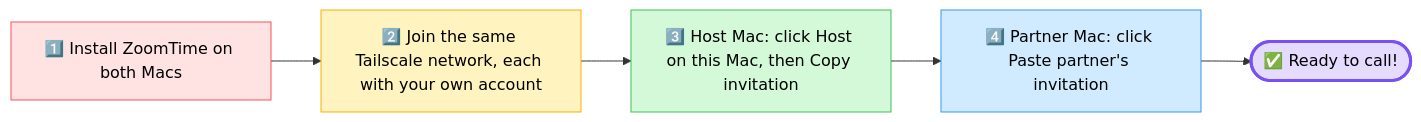
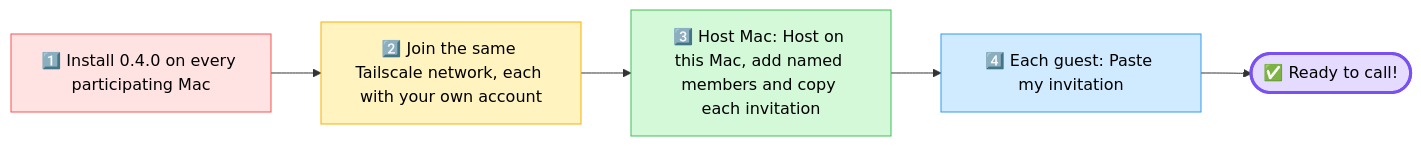
The sixth of 7 diagrams in README.md (CemSarp/ZoomTime), drawn with Mermaid before and after one commit. The commit also changed other lines of this file and 50 other files, not shown here.

````diff
--- a/README.md
+++ b/README.md
@@ -252,13 +257,13 @@
 ```mermaid
 flowchart LR
-    S1["1️⃣ Install ZoomTime on both Macs"] --> S2["2️⃣ Join the same Tailscale network, each with your own account"]
-    S2 --> S3["3️⃣ Host Mac: click Host on this Mac, then Copy invitation"]
-    S3 --> S4["4️⃣ Partner Mac: click Paste partner's invitation"]
+    S1["1️⃣ Install 0.4.0 on every participating Mac"] --> S2["2️⃣ Join the same Tailscale network, each with your own account"]
+    S2 --> S3["3️⃣ Host Mac: Host on this Mac, add named members and copy each invitation"]
+    S3 --> S4["4️⃣ Each guest: Paste my invitation"]
     S4 --> R(["✅ Ready to call!"])
 
     style S1 fill:#ffe3e3,stroke:#fa5252,color:#000
     style S2 fill:#fff3bf,stroke:#fab005,color:#000
     style S3 fill:#d3f9d8,stroke:#40c057,color:#000
     style S4 fill:#d0ebff,stroke:#339af0,color:#000
     style R fill:#e5dbff,stroke:#7950f2,stroke-width:3px,color:#000
 ```
````
